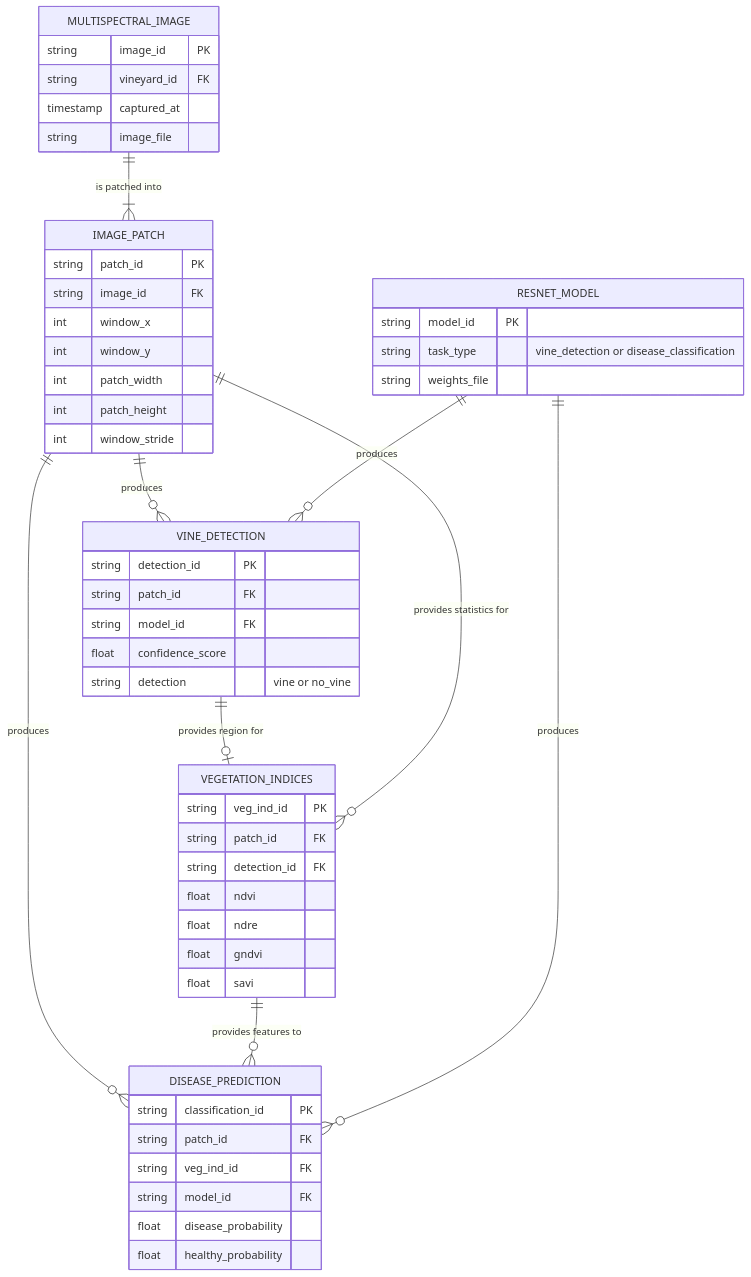
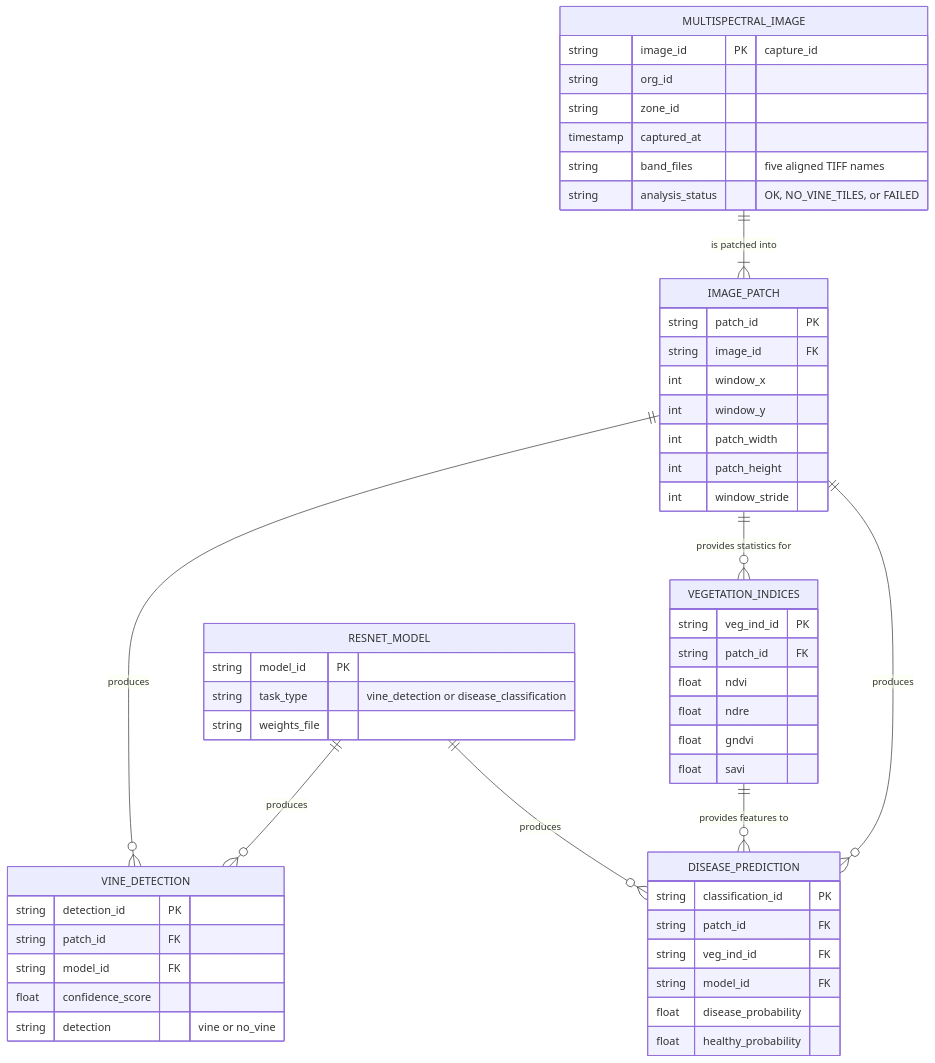
One commit to OMID-Capstone-AI-Drone/deliverables changed the third of 5 diagrams in Design_Diagrams/D2_Detailed_Design.md. Above: the diagram before and after it, drawn with Mermaid. The commit also changed other lines of this file, not shown here.

````diff
--- a/Design_Diagrams/D2_Detailed_Design.md
+++ b/Design_Diagrams/D2_Detailed_Design.md
@@ -162,61 +178,56 @@
-```mermaid 
+```mermaid
 erDiagram
     MULTISPECTRAL_IMAGE ||--|{ IMAGE_PATCH : "is patched into"
     IMAGE_PATCH ||--o{ VINE_DETECTION : "produces"
-    VINE_DETECTION ||--o| VEGETATION_INDICES : "provides region for"
     IMAGE_PATCH ||--o{ VEGETATION_INDICES : "provides statistics for"
     IMAGE_PATCH ||--o{ DISEASE_PREDICTION : "produces"
     VEGETATION_INDICES ||--o{ DISEASE_PREDICTION : "provides features to"
     RESNET_MODEL ||--o{ VINE_DETECTION : "produces"
     RESNET_MODEL ||--o{ DISEASE_PREDICTION : "produces"
 
     MULTISPECTRAL_IMAGE {
-        string image_id PK
-        string vineyard_id FK
+        string image_id PK "capture_id"
+        string org_id
+        string zone_id
         timestamp captured_at
-        string image_file
+        string band_files "five aligned TIFF names"
+        string analysis_status "OK, NO_VINE_TILES, or FAILED"
     }
-
     IMAGE_PATCH {
         string patch_id PK
         string image_id FK
         int window_x
         int window_y
         int patch_width
         int patch_height
         int window_stride
     }
-
     RESNET_MODEL {
         string model_id PK
         string task_type "vine_detection or disease_classification"
         string weights_file
     }
-
     VINE_DETECTION {
         string detection_id PK
         string patch_id FK
         string model_id FK
         float confidence_score
         string detection "vine or no_vine"
     }
-
     VEGETATION_INDICES {
         string veg_ind_id PK
         string patch_id FK
-        string detection_id FK
         float ndvi
         float ndre
         float gndvi
         float savi
     }
-
     DISEASE_PREDICTION {
         string classification_id PK
         string patch_id FK
         string veg_ind_id FK
         string model_id FK
         float disease_probability
         float healthy_probability
     }
 ```
````
